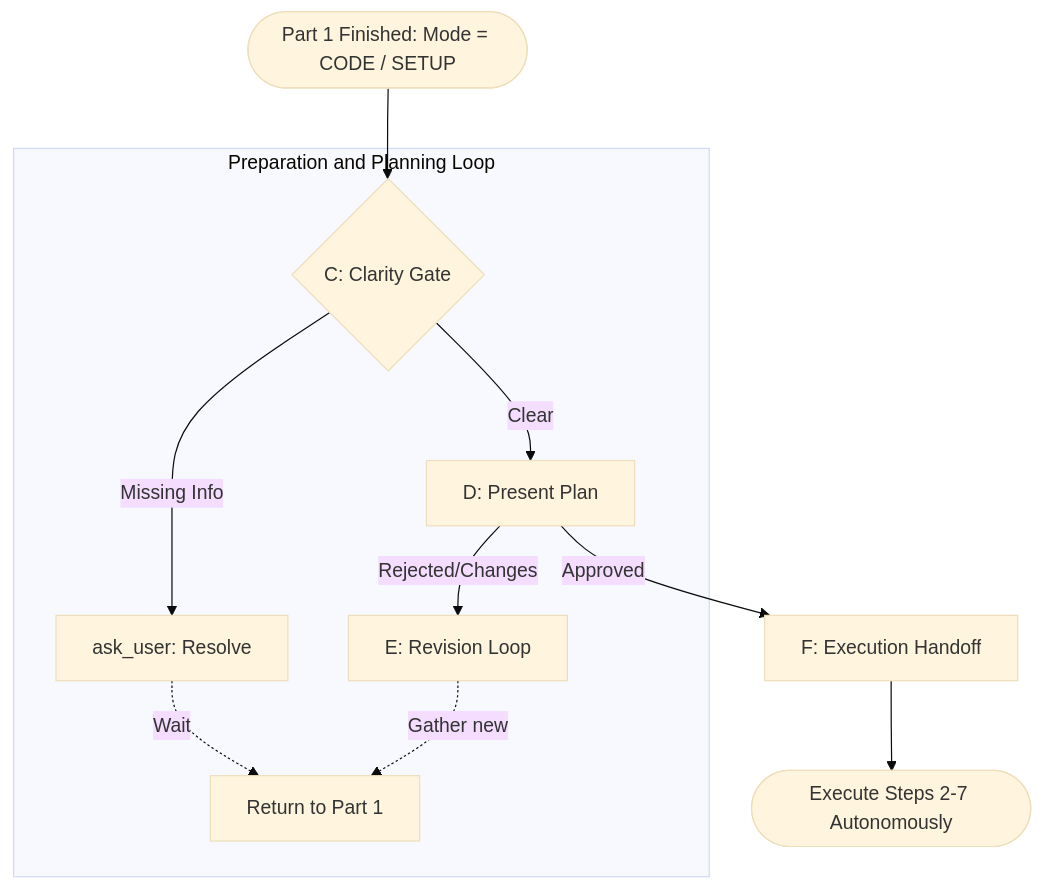
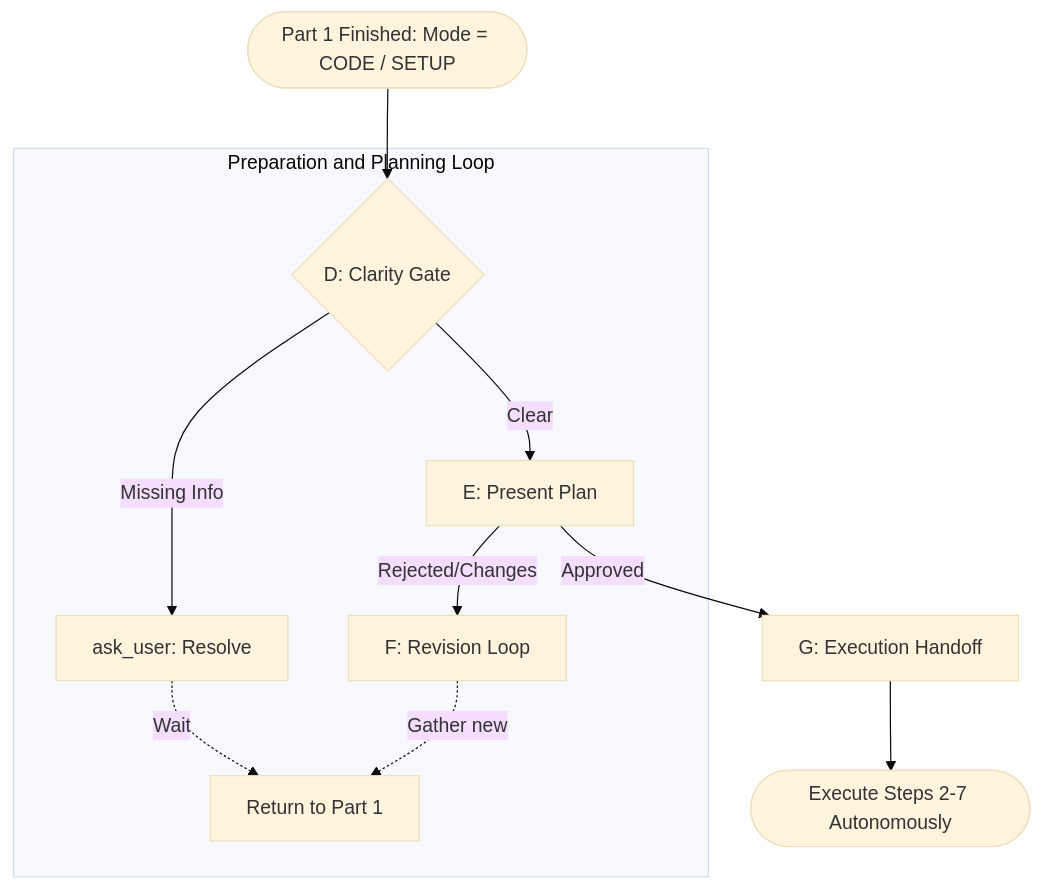
The diagram in src/rules/workflow.md (WavJaby/ultimate-junie-guideline-configurator), drawn with Mermaid (base theme) before and after one commit. The commit also changed other lines of this file and 4 other files, not shown here.

````diff
--- a/src/rules/workflow.md
+++ b/src/rules/workflow.md
@@ -24,14 +28,14 @@
 ```mermaid
 graph TD
-    Start([Part 1 Finished: Mode = CODE / SETUP]) --> PhaseC
+    Start([Part 1 Finished: Mode = CODE / SETUP]) --> PhaseD
     subgraph PrepLoop [Preparation and Planning Loop]
-        PhaseC{C: Clarity Gate}
-        PhaseC -- Missing Info --> AskGate[ask_user: Resolve]
+        PhaseD{D: Clarity Gate}
+        PhaseD -- Missing Info --> AskGate[ask_user: Resolve]
         AskGate -. Wait .-> PhaseA[Return to Part 1]
-        PhaseC -- Clear --> PhaseD[D: Present Plan]
-        PhaseD -- Rejected/Changes --> Revise[E: Revision Loop]
+        PhaseD -- Clear --> PhaseE[E: Present Plan]
+        PhaseE -- Rejected/Changes --> Revise[F: Revision Loop]
         Revise -. Gather new .-> PhaseA
     end
-    PhaseD -- Approved --> PhaseF[F: Execution Handoff]
-    PhaseF --> Exec([Execute Steps 2-7 Autonomously])
+    PhaseE -- Approved --> PhaseG[G: Execution Handoff]
+    PhaseG --> Exec([Execute Steps 2-7 Autonomously])
 ```
````
